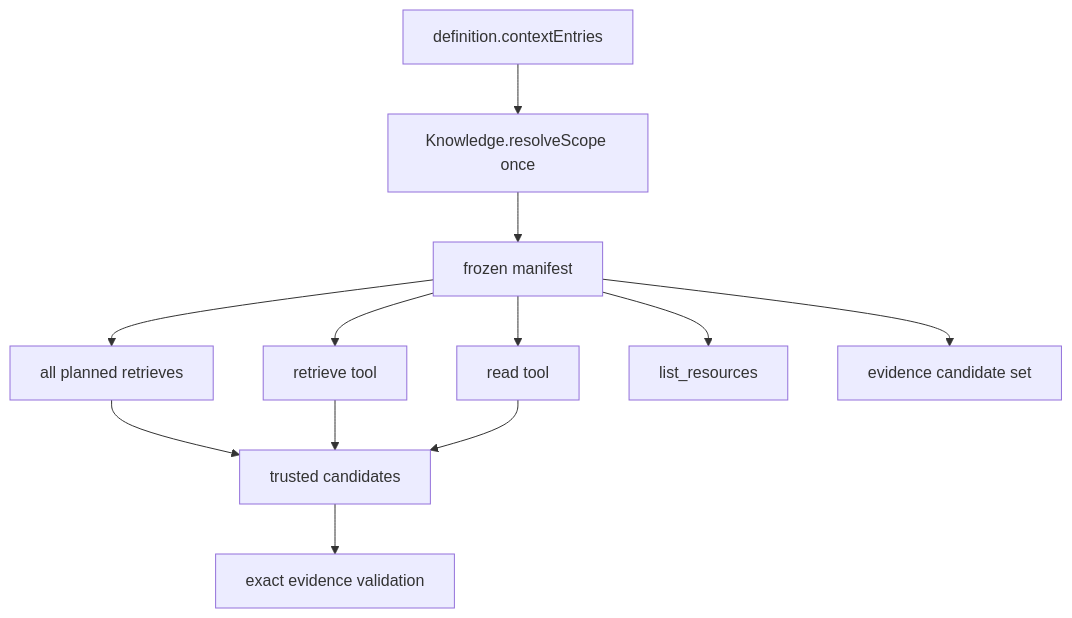
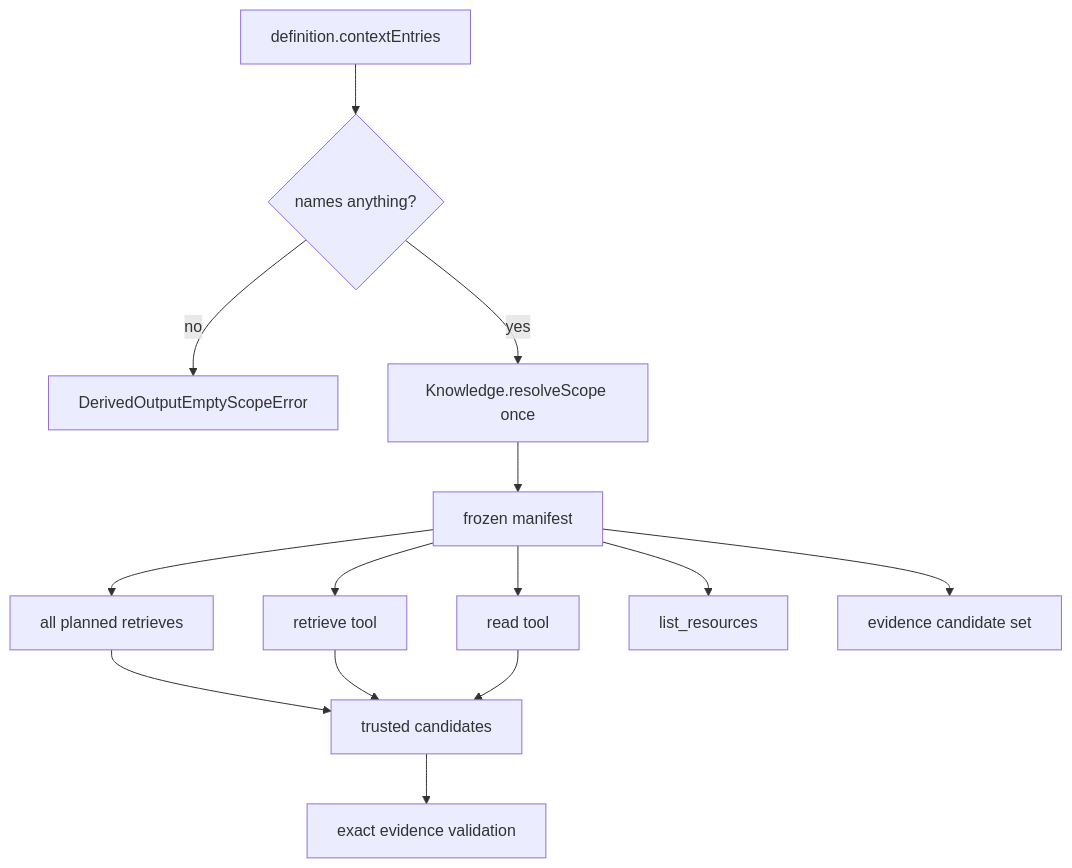
The third of 3 diagrams in apps/backend/src/3-capabilities/derived-outputs/docs/concepts.md (gccurtis/icarus), drawn with Mermaid before and after one commit. The commit also changed other lines of this file and 25 other files, not shown here.

````diff
--- a/apps/backend/src/3-capabilities/derived-outputs/docs/concepts.md
+++ b/apps/backend/src/3-capabilities/derived-outputs/docs/concepts.md
@@ -98,14 +123,16 @@
 ```mermaid
 flowchart TD
-  DEF["definition.contextEntries"] --> RESOLVE["Knowledge.resolveScope once"]
+  DEF["definition.contextEntries"] --> GATE{"names anything?"}
+  GATE -->|no| REFUSE["DerivedOutputEmptyScopeError"]
+  GATE -->|yes| RESOLVE["Knowledge.resolveScope once"]
   RESOLVE --> MAN["frozen manifest"]
   MAN --> PLANRET["all planned retrieves"]
   MAN --> TOOLRET["retrieve tool"]
   MAN --> TOOLREAD["read tool"]
   MAN --> LISTRES["list_resources"]
   MAN --> LISTEV["evidence candidate set"]
   PLANRET --> CANDS["trusted candidates"]
   TOOLRET --> CANDS
   TOOLREAD --> CANDS
   CANDS --> VALIDATE["exact evidence validation"]
 ```
````
